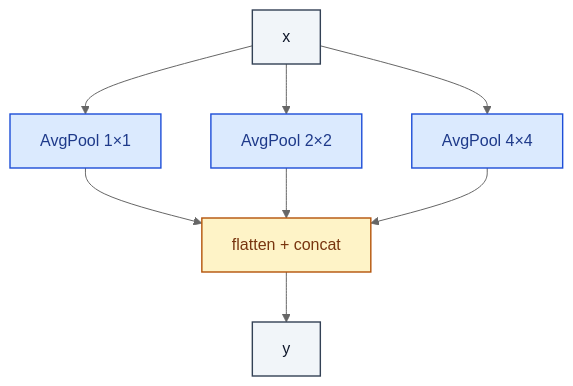
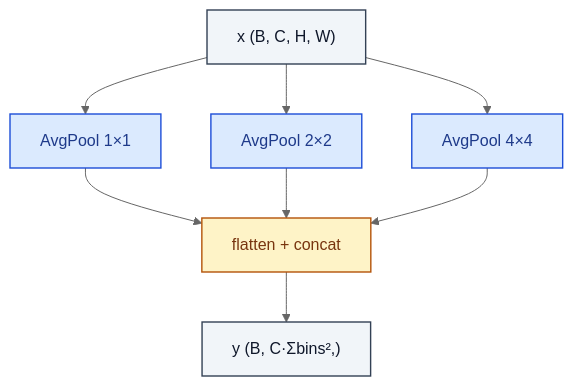
One commit to RealityShifts/Srivastava-book-of-Blocks-diagrams changed the diagram in cnn_vision/SpatialPyramidPooling.md. Above: the diagram before and after it, drawn with Mermaid (neutral theme). The commit also changed other lines of this file and 123 other files, not shown here.

````diff
--- a/cnn_vision/SpatialPyramidPooling.md
+++ b/cnn_vision/SpatialPyramidPooling.md
@@ -7,25 +7,26 @@
 ```mermaid
 flowchart TD
-    n0_0["x"]:::io
+    n0_0["x  (B, C, H, W)"]:::io
     n1_0["AvgPool 1×1"]:::op
     n1_1["AvgPool 2×2"]:::op
     n1_2["AvgPool 4×4"]:::op
     n2_0["flatten + concat"]:::merge
-    n3_0["y"]:::io
+    n3_0["y  (B, C·Σbins²,)"]:::io
     n0_0 --> n1_0
     n0_0 --> n1_1
     n0_0 --> n1_2
     n1_0 --> n2_0
     n1_1 --> n2_0
     n1_2 --> n2_0
     n2_0 --> n3_0
     classDef io fill:#f1f5f9,stroke:#334155,stroke-width:1.4px,color:#0f172a
     classDef op fill:#dbeafe,stroke:#1d4ed8,stroke-width:1.4px,color:#1e3a8a
     classDef norm fill:#dcfce7,stroke:#15803d,stroke-width:1.4px,color:#14532d
     classDef act fill:#ffedd5,stroke:#c2410c,stroke-width:1.4px,color:#7c2d12
     classDef attn fill:#ede9fe,stroke:#6d28d9,stroke-width:1.4px,color:#4c1d95
     classDef merge fill:#fef3c7,stroke:#b45309,stroke-width:1.4px,color:#78350f
     classDef emb fill:#fef9c3,stroke:#a16207,stroke-width:1.4px,color:#713f12
     classDef loss fill:#fee2e2,stroke:#b91c1c,stroke-width:1.4px,color:#7f1d1d
     classDef ctrl fill:#f5f5f4,stroke:#52525b,stroke-width:1.4px,color:#27272a
+    classDef ref fill:#e0f2fe,stroke:#0369a1,stroke-width:2px,color:#0c4a6e,stroke-dasharray: 4 2
 ```
````
